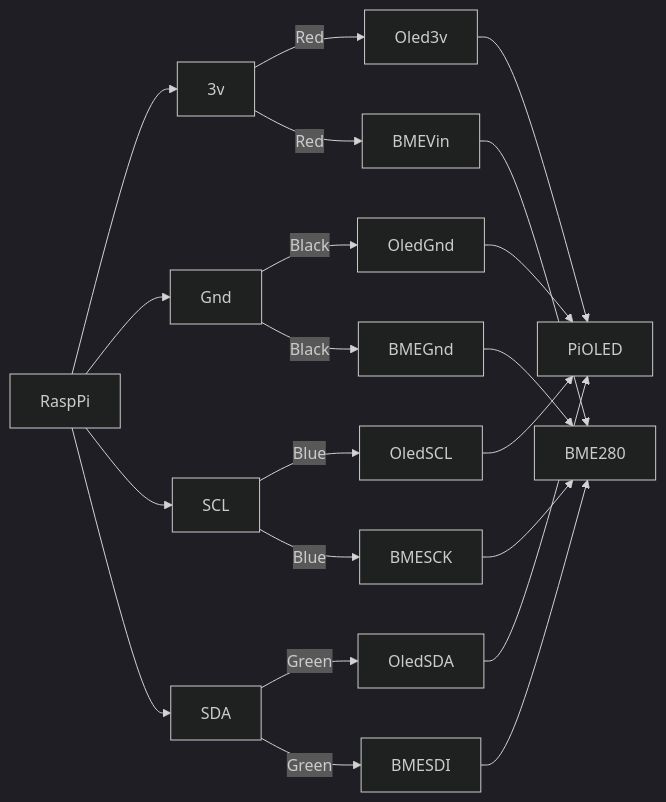
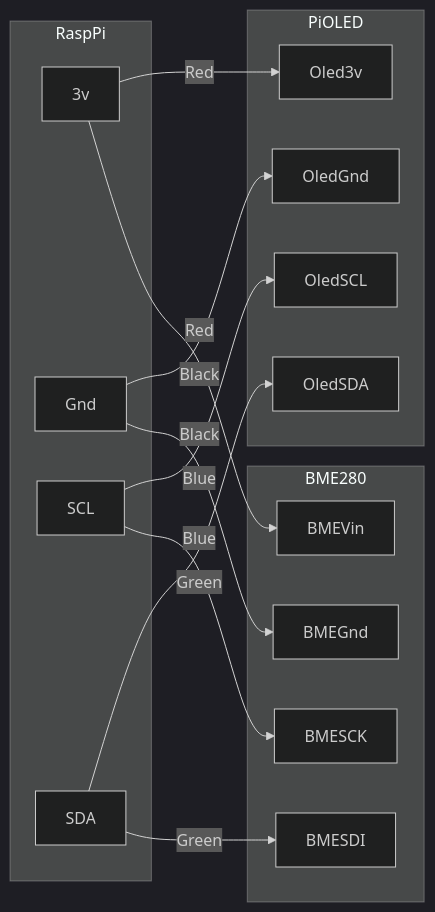
The diagram in docs/WiringDiagram.md (SotoDucani/go-pi-tempsensor), drawn with Mermaid (dark theme) before and after one commit.

Commit message:
Can't tell if this is better or worse

````diff
--- a/docs/WiringDiagram.md
+++ b/docs/WiringDiagram.md
@@ -1,17 +1,17 @@
 ```mermaid
 flowchart LR
-    RaspPi;PiOLED;BME280
-    3v;Gnd;SCL;SDA
-    Oled3v;OledSCL;OledSDA;OledGnd
-    BMEVin;BMEGnd;BMESCK;BMESDI
-
-    RaspPi --> 3v & Gnd & SCL & SDA
+    subgraph RaspPi
+        3v;Gnd;SCL;SDA
+    end
+    subgraph PiOLED
+        Oled3v;OledSCL;OledSDA;OledGnd
+    end
+    subgraph BME280
+        BMEVin;BMEGnd;BMESCK;BMESDI
+    end
 
     3v --Red--> Oled3v & BMEVin
     Gnd --Black--> OledGnd & BMEGnd
     SCL --Blue--> OledSCL & BMESCK
     SDA --Green--> OledSDA & BMESDI
-
-    Oled3v & OledSCL & OledSDA & OledGnd --> PiOLED
-    BMEVin & BMEGnd & BMESCK & BMESDI --> BME280
 ```
````
